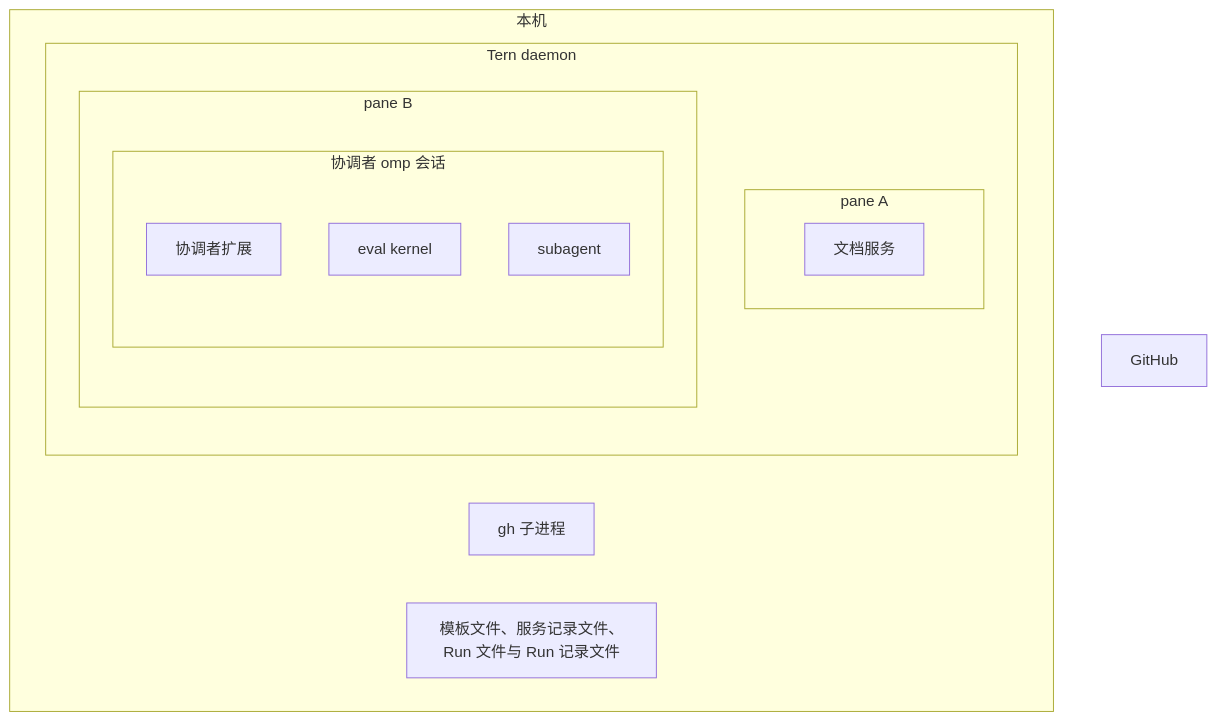
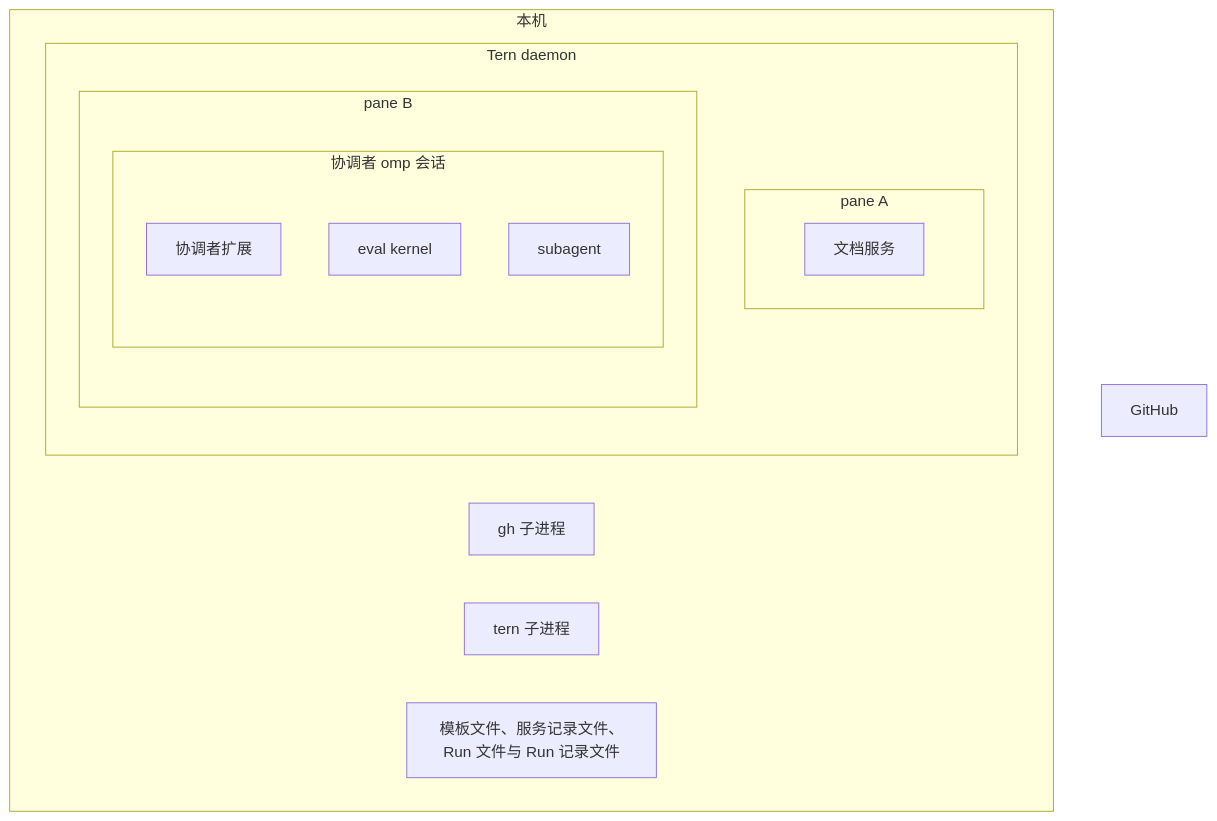
Before and after one commit to mouriya-s-lab/tern-playbooks: the first of 4 diagrams in design/README.md, drawn with Mermaid. The commit also changed other lines of this file and 5 other files, not shown here.

Commit message:
design: reference expansion, pane layout, chat-to-timeline, status reminders and retrospective

````diff
--- a/design/README.md
+++ b/design/README.md
@@ -221,20 +243,21 @@
 ```mermaid
 flowchart TB
   subgraph Host["本机"]
     subgraph Daemon["Tern daemon"]
       subgraph PaneDoc["pane A"]
         DocSvc["文档服务"]
       end
       subgraph PaneCoord["pane B"]
         subgraph Coord["协调者 omp 会话"]
           Ext["协调者扩展"]
           Kernel["eval kernel"]
           Sub["subagent"]
         end
       end
     end
     Gh["gh 子进程"]
+    TernCli["tern 子进程"]
     File["模板文件、服务记录文件、Run 文件与 Run 记录文件"]
   end
   GitHub["GitHub"]
 ```
````
